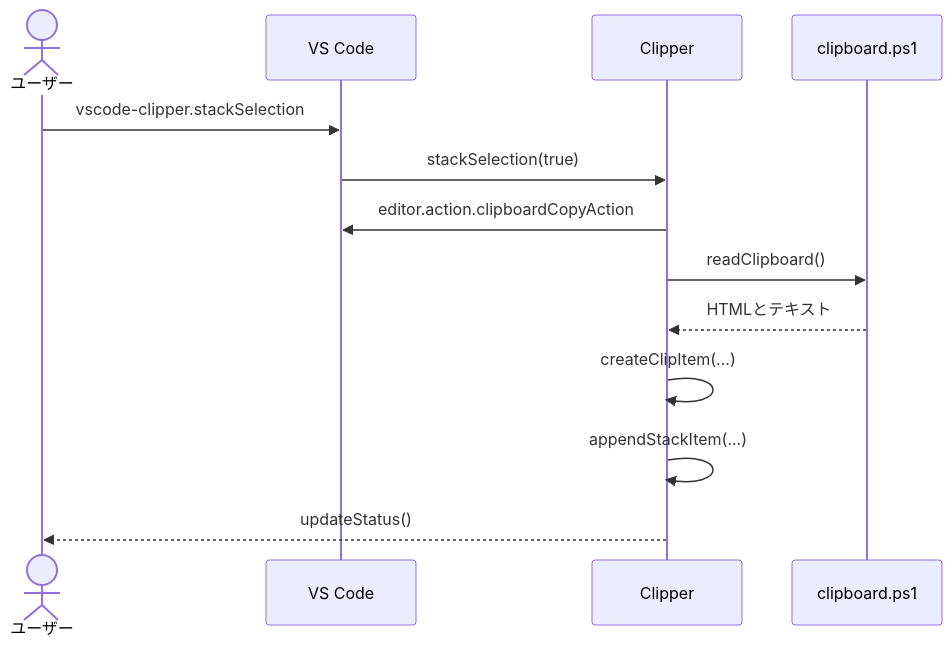
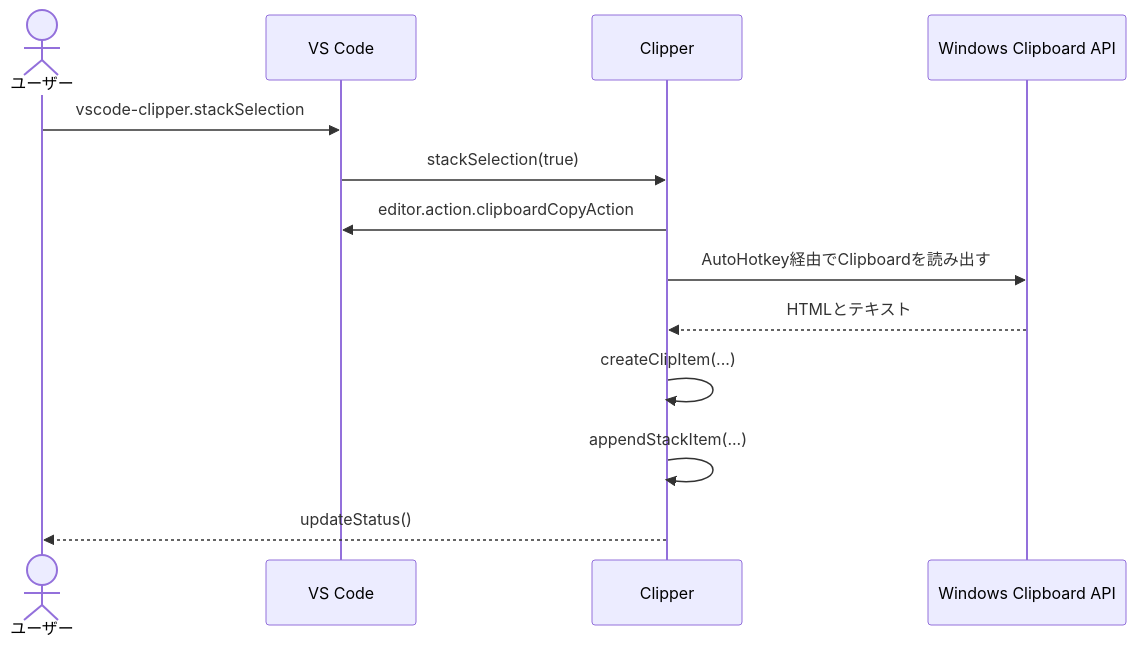
Before and after one commit to sunb256/vscode-clipper: the second of 2 diagrams in docs/mental-models/vscode-clipper/01_選択コードのスタック管理.md, drawn with Mermaid. The commit also changed other lines of this file and 10 other files, not shown here.

````diff
--- a/docs/mental-models/vscode-clipper/01_選択コードのスタック管理.md
+++ b/docs/mental-models/vscode-clipper/01_選択コードのスタック管理.md
@@ -24,15 +24,15 @@
 ```mermaid
 sequenceDiagram
     actor User as ユーザー
     participant VSCode as VS Code
     participant Clipper as Clipper
-    participant PowerShell as clipboard.ps1
+    participant WinAPI as Windows Clipboard API
     User->>VSCode: vscode-clipper.stackSelection
     VSCode->>Clipper: stackSelection(true)
     Clipper->>VSCode: editor.action.clipboardCopyAction
-    Clipper->>PowerShell: readClipboard()
-    PowerShell-->>Clipper: HTMLとテキスト
+    Clipper->>WinAPI: AutoHotkey経由でClipboardを読み出す
+    WinAPI-->>Clipper: HTMLとテキスト
     Clipper->>Clipper: createClipItem(...)
     Clipper->>Clipper: appendStackItem(...)
     Clipper-->>User: updateStatus()
 ```
````
